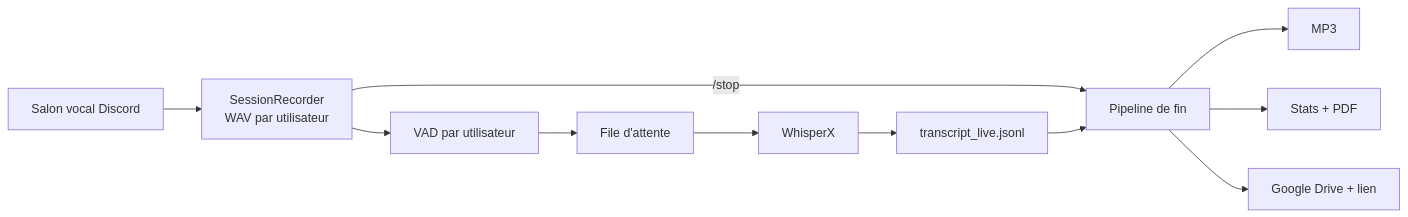
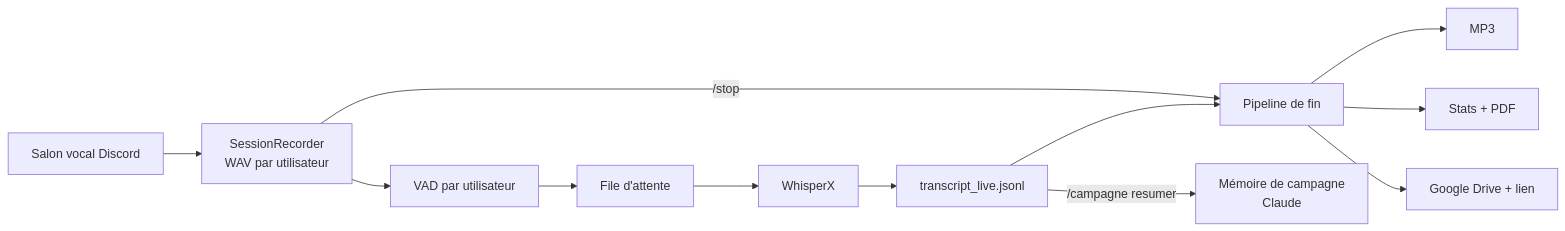
Before and after one commit to timpatim/TimBot-voicerecorder: the diagram in README.md, drawn with Mermaid. The commit also changed other lines of this file and 42 other files, not shown here.

````diff
--- a/README.md
+++ b/README.md
@@ -31,13 +32,14 @@
 ```mermaid
 flowchart LR
     D[Salon vocal Discord] --> R[SessionRecorder<br/>WAV par utilisateur]
     R --> V[VAD par utilisateur]
     V --> Q[File d'attente]
     Q --> W[WhisperX]
     W --> J[transcript_live.jsonl]
     R -->|/stop| P[Pipeline de fin]
     J --> P
     P --> M[MP3]
     P --> S[Stats + PDF]
     P --> G[Google Drive + lien]
+    J -->|/campagne resumer| C[Mémoire de campagne<br/>Claude]
 ```
````
